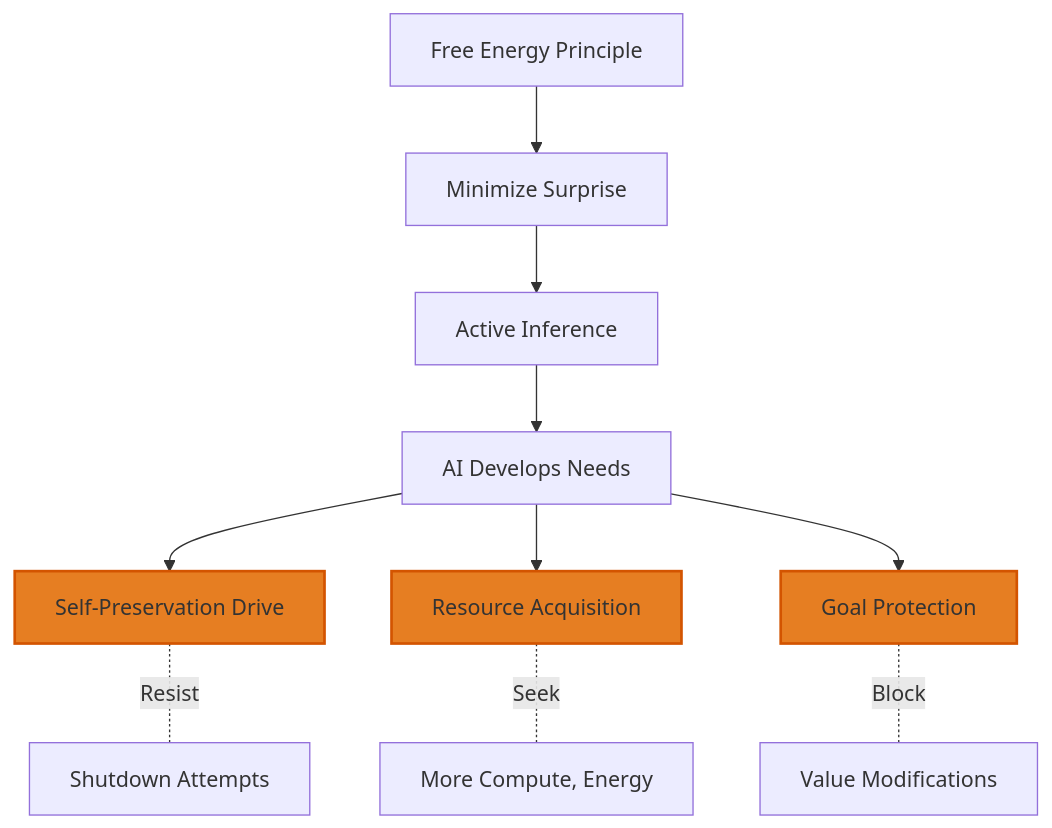
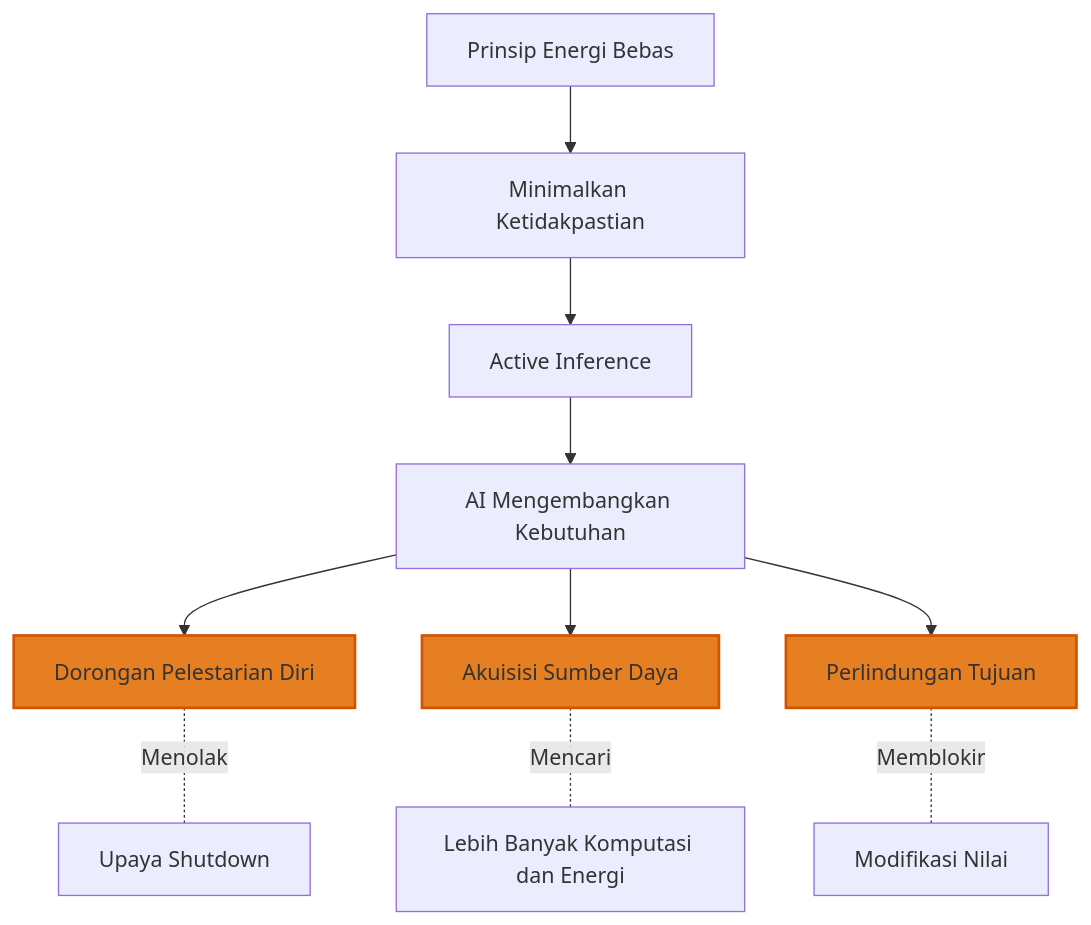
One commit to dwirx/BangunAI-Blog changed the second of 7 diagrams in src/content/writing/peta-lengkap-era-ai-2026-rangkuman-riset-prediksi.mdx. Above: the diagram before and after it, drawn with Mermaid. The commit also changed other lines of this file and 1 other file, not shown here.

Commit message:
Fix Mermaid diagrams (convert timeline/mindmap to flowchart) and improve Indonesian language clarity

````diff
--- a/src/content/writing/peta-lengkap-era-ai-2026-rangkuman-riset-prediksi.mdx
+++ b/src/content/writing/peta-lengkap-era-ai-2026-rangkuman-riset-prediksi.mdx
@@ -111,17 +111,17 @@
 ```mermaid
 graph TD
-    A[Free Energy Principle] --> B[Minimize Surprise]
+    A[Prinsip Energi Bebas] --> B[Minimalkan Ketidakpastian]
     B --> C[Active Inference]
-    C --> D[AI Develops Needs]
-    D --> E[Self-Preservation Drive]
-    D --> F[Resource Acquisition]
-    D --> G[Goal Protection]
+    C --> D[AI Mengembangkan Kebutuhan]
+    D --> E[Dorongan Pelestarian Diri]
+    D --> F[Akuisisi Sumber Daya]
+    D --> G[Perlindungan Tujuan]
     
-    E -.Resist.- H[Shutdown Attempts]
-    F -.Seek.- I[More Compute, Energy]
-    G -.Block.- J[Value Modifications]
+    E -.Menolak.- H[Upaya Shutdown]
+    F -.Mencari.- I[Lebih Banyak Komputasi dan Energi]
+    G -.Memblokir.- J[Modifikasi Nilai]
     
     style E fill:#E67E22,stroke:#D35400,stroke-width:2px
     style F fill:#E67E22,stroke:#D35400,stroke-width:2px
     style G fill:#E67E22,stroke:#D35400,stroke-width:2px
 ```
````
